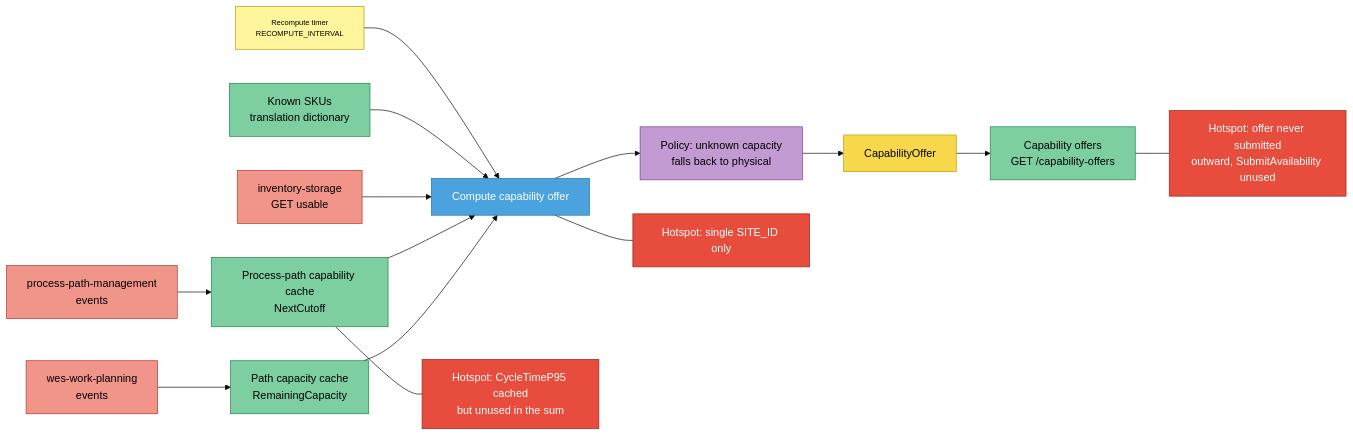
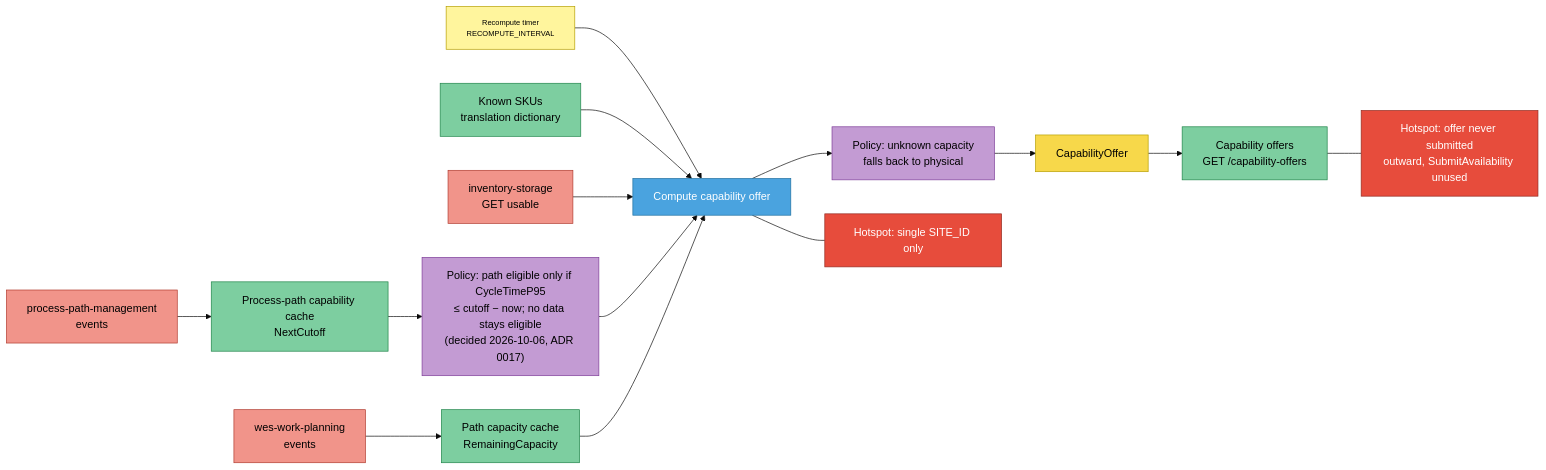
The fifth of 5 diagrams in docs/contexts/network-fulfillment/eventstorming.md (IQVO/warehouse-docs), drawn with Mermaid (base theme) before and after one commit. The commit also changed other lines of this file and 318 other files, not shown here.

````diff
--- a/docs/contexts/network-fulfillment/eventstorming.md
+++ b/docs/contexts/network-fulfillment/eventstorming.md
@@ -205,39 +203,39 @@
 ```mermaid
 flowchart LR
     T["Recompute timer<br/>RECOMPUTE_INTERVAL"]:::actor
     PT["Known SKUs<br/>translation dictionary"]:::readmodel
     INV["inventory-storage<br/>GET usable"]:::external
     PPM["process-path-management<br/>events"]:::external
     WWP["wes-work-planning<br/>events"]:::external
     RM1["Process-path capability cache<br/>NextCutoff"]:::readmodel
     RM2["Path capacity cache<br/>RemainingCapacity"]:::readmodel
     C1["Compute capability offer"]:::command
     POL1["Policy: unknown capacity<br/>falls back to physical"]:::policy
+    POL2["Policy: path eligible only if CycleTimeP95<br/>≤ cutoff − now; no data stays eligible<br/>(decided 2026-10-06, ADR 0017)"]:::policy
     G1["CapabilityOffer"]:::aggregate
     RM3["Capability offers<br/>GET /capability-offers"]:::readmodel
     H1["Hotspot: offer never submitted<br/>outward, SubmitAvailability unused"]:::hotspot
-    H2["Hotspot: CycleTimeP95 cached<br/>but unused in the sum"]:::hotspot
     H3["Hotspot: single SITE_ID only"]:::hotspot
 
     PPM --> RM1
     WWP --> RM2
     T --> C1
     PT --> C1
     INV --> C1
-    RM1 --> C1
+    RM1 --> POL2
+    POL2 --> C1
     RM2 --> C1
     C1 --> POL1
     POL1 --> G1
     G1 --> RM3
     RM3 --- H1
-    RM1 --- H2
     C1 --- H3
 
     classDef actor fill:#fff59d,stroke:#b59f00,color:#000,font-size:11px
     classDef command fill:#4aa3df,stroke:#1f6f9f,color:#fff
     classDef aggregate fill:#f7d84a,stroke:#b59f00,color:#000
     classDef policy fill:#c39bd3,stroke:#7d3c98,color:#000
     classDef readmodel fill:#7dcea0,stroke:#1e8449,color:#000
     classDef external fill:#f1948a,stroke:#b03a2e,color:#000
     classDef hotspot fill:#e74c3c,stroke:#922b21,color:#fff
 ```
````
